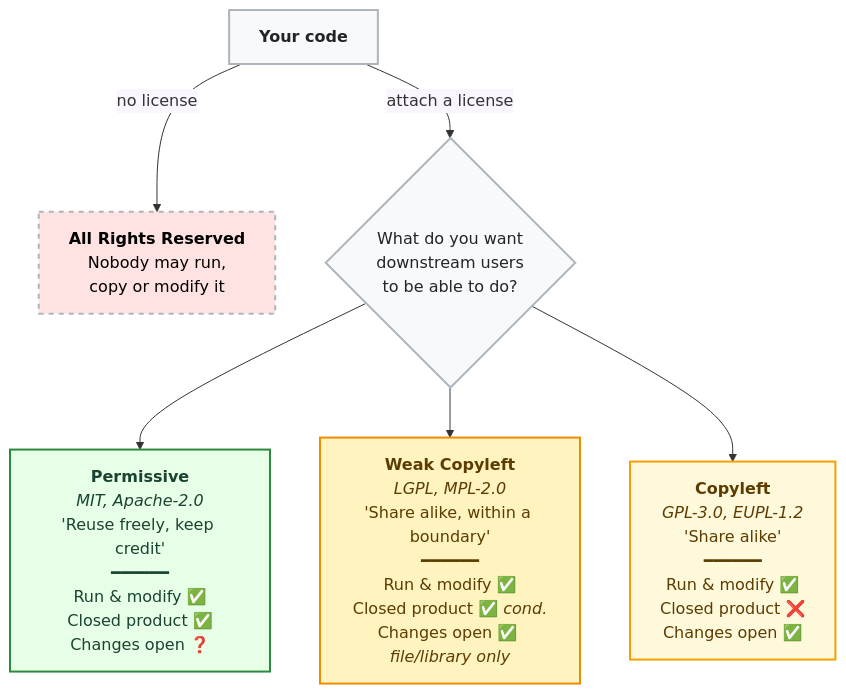
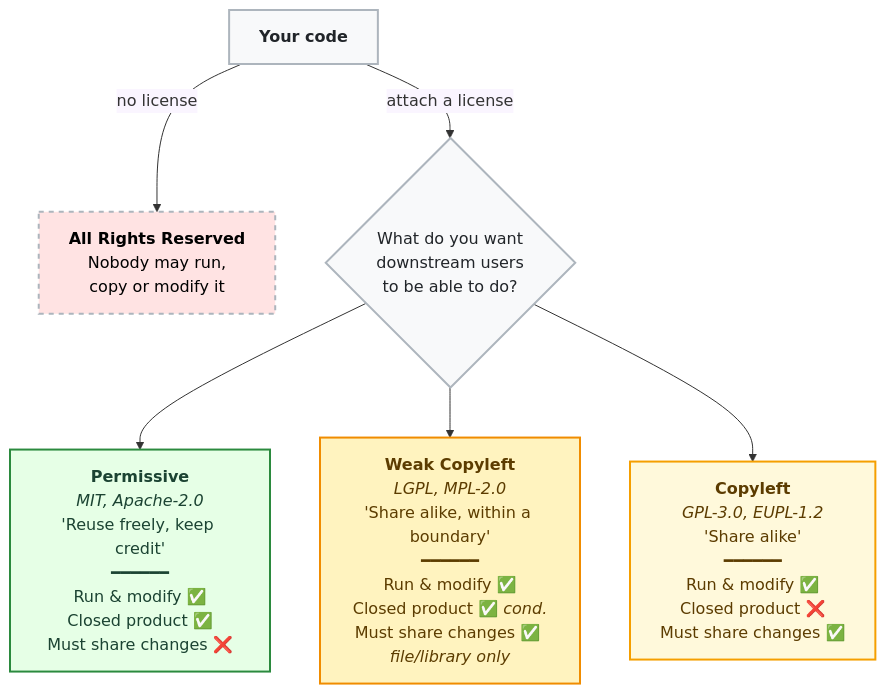
Before and after one commit to coderefinery/social-coding: the first of 3 diagrams in content/software-licensing.md, drawn with Mermaid. The commit also changed other lines of this file, not shown here.

Commit message:
Make permissive more clearer

````diff
--- a/content/software-licensing.md
+++ b/content/software-licensing.md
@@ -41,24 +42,24 @@
 ```{mermaid}
 %%{init: {'themeVariables': { 'edgeLabelBackground': '#faf5ff', 'fontSize': '16px' }}}%%
 
 flowchart TB
 
   A["<b>Your code</b>"] -->|"no license"| B["<b>All Rights Reserved</b><br/>Nobody may run,<br/>copy or modify it"]
   A -->|"attach a license"| C{"What do you want<br/>downstream users<br/>to be able to do?"}
 
-  C --> D["<b>Permissive</b><br/><i>MIT, Apache-2.0</i><br/>'Reuse freely, keep credit'<br/>━━━━━━<br/>Run &amp; modify ✅<br/>Closed product ✅<br/>Changes open ❓"]
-  C --> W["<b>Weak Copyleft</b><br/><i>LGPL, MPL-2.0</i><br/>'Share alike, within a boundary'<br/>━━━━━━<br/>Run &amp; modify ✅<br/>Closed product ✅ <i>cond.</i><br/>Changes open ✅ <i>file/library only</i>"]
-  C --> E["<b>Copyleft</b><br/><i>GPL-3.0, EUPL-1.2</i><br/>'Share alike'<br/>━━━━━━<br/>Run &amp; modify ✅<br/>Closed product ❌<br/>Changes open ✅"]
+  C --> D["<b>Permissive</b><br/><i>MIT, Apache-2.0</i><br/>'Reuse freely, keep credit'<br/>━━━━━━<br/>Run &amp; modify ✅<br/>Closed product ✅<br/>Must share changes ❌"]
+  C --> W["<b>Weak Copyleft</b><br/><i>LGPL, MPL-2.0</i><br/>'Share alike, within a boundary'<br/>━━━━━━<br/>Run &amp; modify ✅<br/>Closed product ✅ <i>cond.</i><br/>Must share changes ✅ <i>file/library only</i>"]
+  C --> E["<b>Copyleft</b><br/><i>GPL-3.0, EUPL-1.2</i><br/>'Share alike'<br/>━━━━━━<br/>Run &amp; modify ✅<br/>Closed product ❌<br/>Must share changes ✅"]
 
    classDef green fill:#e6ffe6,stroke:#2b8a3e,stroke-width:2px,color:#1b4332;
    classDef amber fill:#fff3bf,stroke:#f08c00,stroke-width:2px,color:#5c3c00;
    classDef yellow fill:#fff9db,stroke:#f59f00,stroke-width:2px,color:#5c3c00;
    classDef dashed_red fill:#ffe3e3,stroke:#adb5bd,stroke-width:2px,stroke-dasharray: 5 5,color:#000000;
    classDef white fill:#f8f9fa,stroke:#adb5bd,stroke-width:2px,color:#212529;
 
    class D green;
    class W amber;
    class E yellow;
    class B dashed_red;
    class A,C white;
 ```
````
